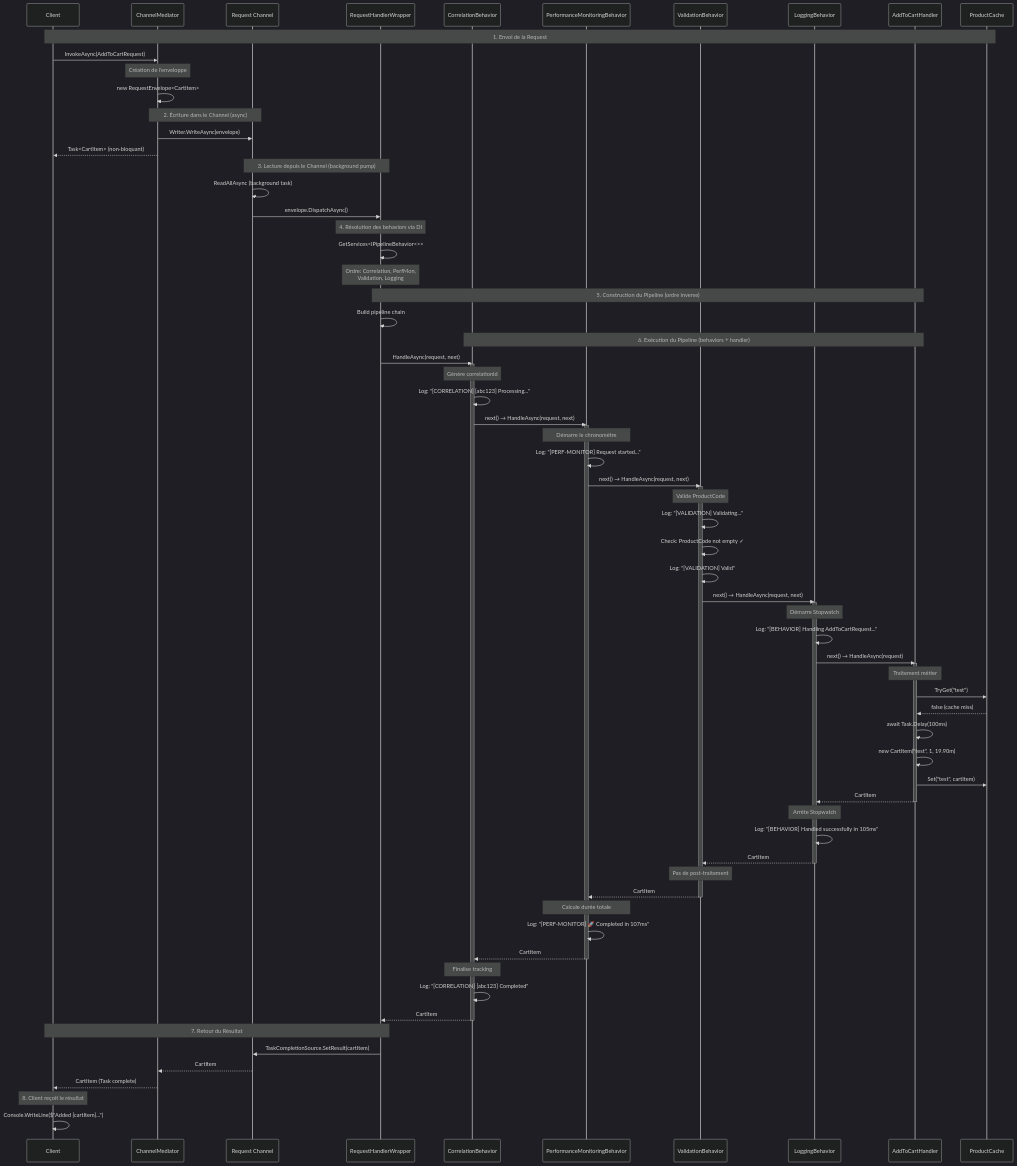
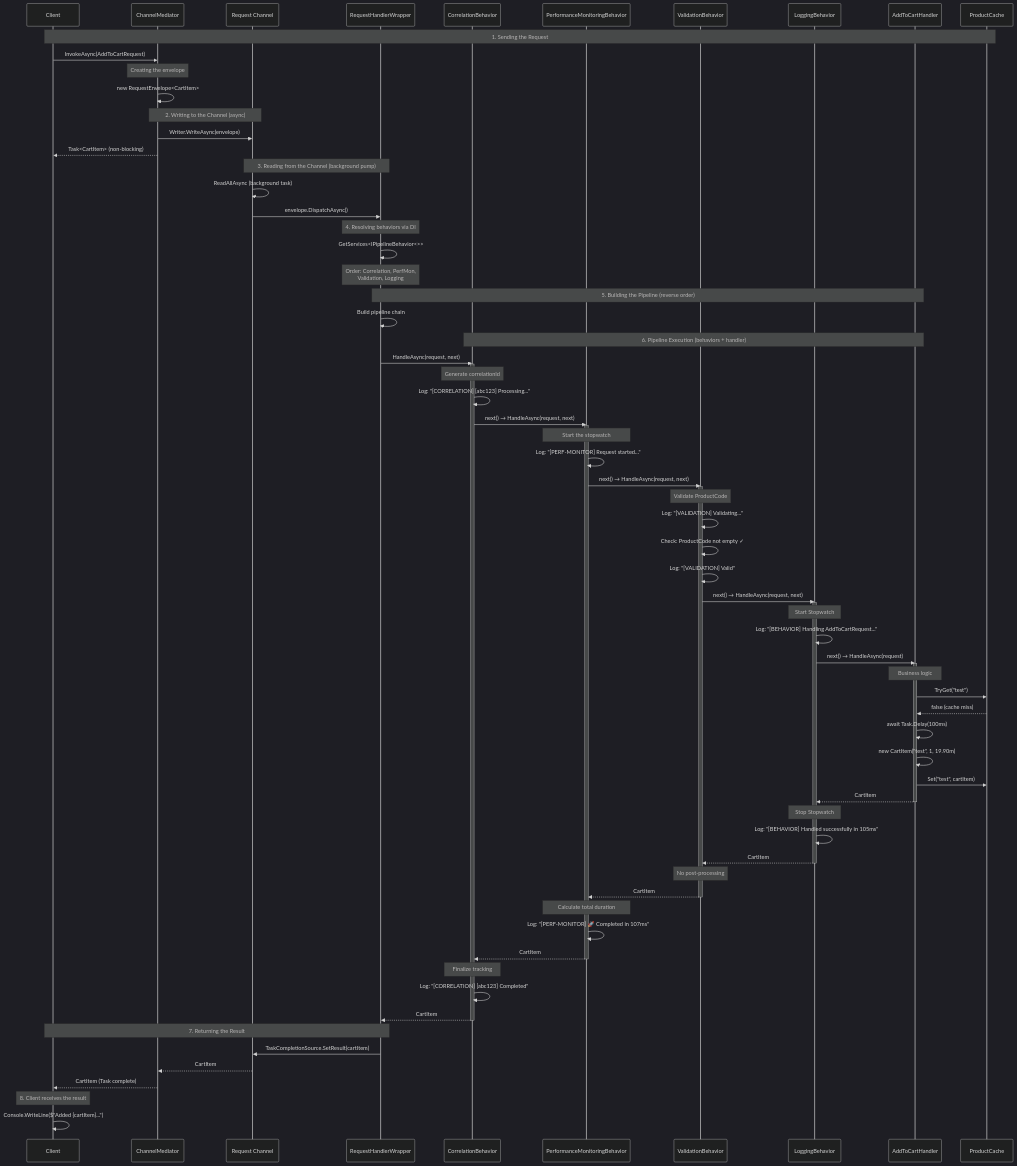
One commit to appliman/channelmediator changed the first of 2 diagrams in SEQUENCE_DIAGRAM.md. Above: the diagram before and after it, drawn with Mermaid (dark theme). The commit also changed other lines of this file and 24 other files, not shown here.

````diff
--- a/SEQUENCE_DIAGRAM.md
+++ b/SEQUENCE_DIAGRAM.md
@@ -17,54 +17,54 @@
     participant Handler as AddToCartHandler
     participant Cache as ProductCache
 
-    Note over Client,Cache: 1. Envoi de la Request
+    Note over Client,Cache: 1. Sending the Request
     Client->>Mediator: InvokeAsync(AddToCartRequest)
-    
-    Note over Mediator: Création de l'enveloppe
+
+    Note over Mediator: Creating the envelope
     Mediator->>Mediator: new RequestEnvelope<CartItem>
-    
-    Note over Mediator,Channel: 2. Écriture dans le Channel (async)
+
+    Note over Mediator,Channel: 2. Writing to the Channel (async)
     Mediator->>Channel: Writer.WriteAsync(envelope)
-    Mediator-->>Client: Task<CartItem> (non-bloquant)
-    
-    Note over Channel,Wrapper: 3. Lecture depuis le Channel (background pump)
+    Mediator-->>Client: Task<CartItem> (non-blocking)
+
+    Note over Channel,Wrapper: 3. Reading from the Channel (background pump)
     Channel->>Channel: ReadAllAsync (background task)
     Channel->>Wrapper: envelope.DispatchAsync()
-    
-    Note over Wrapper: 4. Résolution des behaviors via DI
+
+    Note over Wrapper: 4. Resolving behaviors via DI
     Wrapper->>Wrapper: GetServices<IPipelineBehavior<>>
-    Note over Wrapper: Ordre: Correlation, PerfMon,<br/>Validation, Logging
+    Note over Wrapper: Order: Correlation, PerfMon,<br/>Validation, Logging
 
-    Note over Wrapper,Handler: 5. Construction du Pipeline (ordre inverse)
+    Note over Wrapper,Handler: 5. Building the Pipeline (reverse order)
     Wrapper->>Wrapper: Build pipeline chain
 
-    Note over Correlation,Handler: 6. Exécution du Pipeline (behaviors + handler)
+    Note over Correlation,Handler: 6. Pipeline Execution (behaviors + handler)
     
     Wrapper->>Correlation: HandleAsync(request, next)
     activate Correlation
-    Note over Correlation: Génère correlationId
+    Note over Correlation: Generate correlationId
     Correlation->>Correlation: Log: "[CORRELATION] [abc123] Processing..."
     
     Correlation->>PerfMon: next() → HandleAsync(request, next)
     activate PerfMon
-    Note over PerfMon: Démarre le chronomètre
+    Note over PerfMon: Start the stopwatch
     PerfMon->>PerfMon: Log: "[PERF-MONITOR] Request started..."
     
     PerfMon->>Validation: next() → HandleAsync(request, next)
     activate Validation
-    Note over Validation: Valide ProductCode
+    Note over Validation: Validate ProductCode
     Validation->>Validation: Log: "[VALIDATION] Validating..."
     Validation->>Validation: Check: ProductCode not empty ✓
     Validation->>Validation: Log: "[VALIDATION] Valid"
     
     Validation->>Logging: next() → HandleAsync(request, next)
     activate Logging
-    Note over Logging: Démarre Stopwatch
+    Note over Logging: Start Stopwatch
     Logging->>Logging: Log: "[BEHAVIOR] Handling AddToCartRequest..."
     
     Logging->>Handler: next() → HandleAsync(request)
     activate Handler
-    Note over Handler: Traitement métier
+    Note over Handler: Business logic
     Handler->>Cache: TryGet("test")
     Cache-->>Handler: false (cache miss)
     Handler->>Handler: await Task.Delay(100ms)
@@ -73,30 +73,30 @@
     Handler-->>Logging: CartItem
     deactivate Handler
     
-    Note over Logging: Arrête Stopwatch
+    Note over Logging: Stop Stopwatch
     Logging->>Logging: Log: "[BEHAVIOR] Handled successfully in 105ms"
     Logging-->>Validation: CartItem
     deactivate Logging
     
-    Note over Validation: Pas de post-traitement
+    Note over Validation: No post-processing
     Validation-->>PerfMon: CartItem
     deactivate Validation
     
-    Note over PerfMon: Calcule durée totale
+    Note over PerfMon: Calculate total duration
     PerfMon->>PerfMon: Log: "[PERF-MONITOR] 🚀 Completed in 107ms"
     PerfMon-->>Correlation: CartItem
     deactivate PerfMon
     
-    Note over Correlation: Finalise tracking
+    Note over Correlation: Finalize tracking
     Correlation->>Correlation: Log: "[CORRELATION] [abc123] Completed"
     Correlation-->>Wrapper: CartItem
     deactivate Correlation
     
-    Note over Wrapper,Client: 7. Retour du Résultat
+    Note over Wrapper,Client: 7. Returning the Result
     Wrapper->>Channel: TaskCompletionSource.SetResult(cartItem)
     Channel-->>Mediator: CartItem
     Mediator-->>Client: CartItem (Task complete)
-    
-    Note over Client: 8. Client reçoit le résultat
+
+    Note over Client: 8. Client receives the result
     Client->>Client: Console.WriteLine($"Added {cartItem}...")
 ```
````
